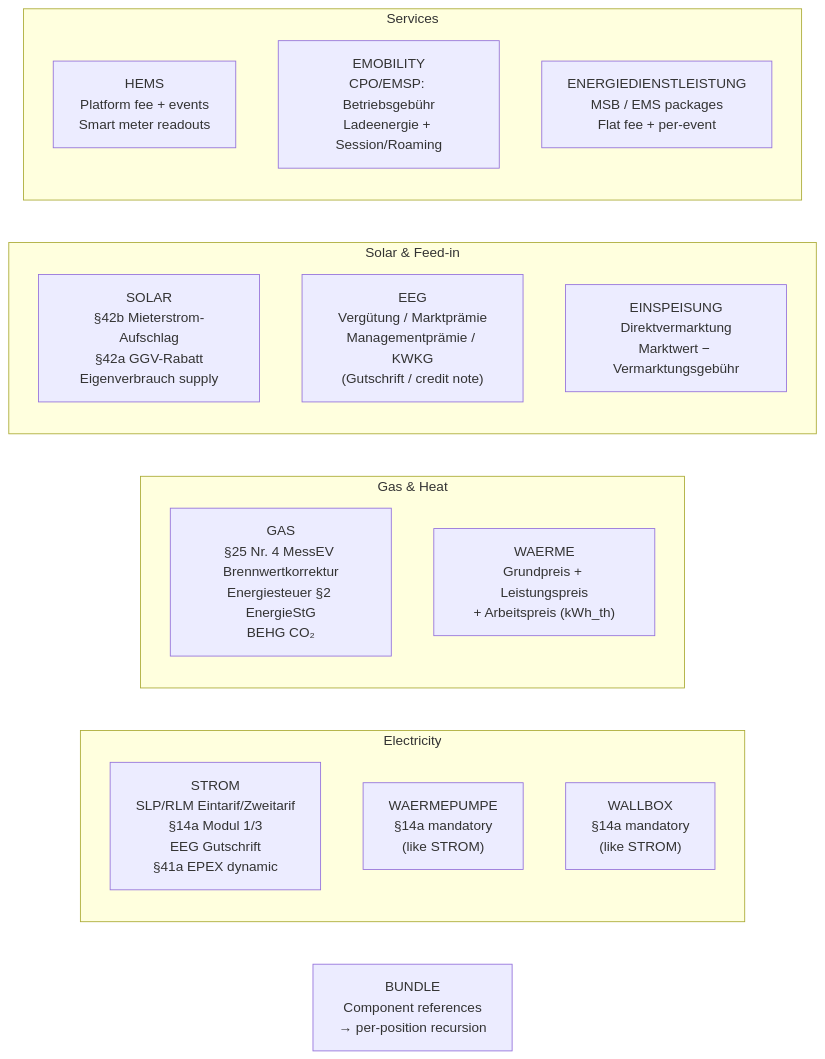
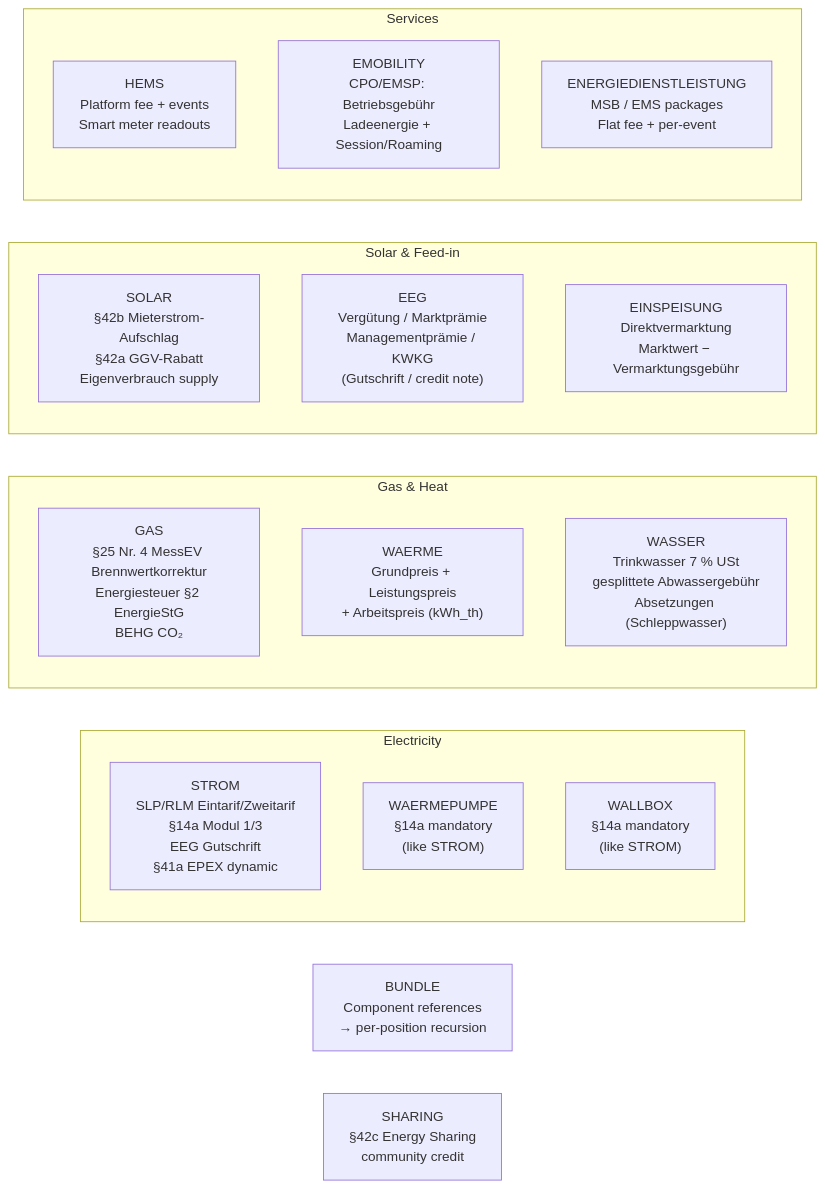
The second of 3 diagrams in docs/billingd.md (hupe1980/mako), drawn with Mermaid before and after one commit. The commit also changed other lines of this file and 42 other files, not shown here.

First line of the commit message:
feat(billing): WASSER category — Trinkwasser + gesplittete Abwassergebühr; harden the money boundary

````diff
--- a/docs/billingd.md
+++ b/docs/billingd.md
@@ -113,23 +113,25 @@
 ```mermaid
 graph LR
     subgraph energy [Electricity]
         STROM["STROM<br/>SLP/RLM Eintarif/Zweitarif<br/>§14a Modul 1/3<br/>EEG Gutschrift<br/>§41a EPEX dynamic"]
         WP["WAERMEPUMPE<br/>§14a mandatory<br/>(like STROM)"]
         WB["WALLBOX<br/>§14a mandatory<br/>(like STROM)"]
     end
     subgraph heat_gas ["Gas & Heat"]
         GAS["GAS<br/>§25 Nr. 4 MessEV Brennwertkorrektur<br/>Energiesteuer §2 EnergieStG<br/>BEHG CO₂"]
         WAERME["WAERME<br/>Grundpreis + Leistungspreis<br/>+ Arbeitspreis (kWh_th)"]
+        WASSER["WASSER<br/>Trinkwasser 7 % USt<br/>gesplittete Abwassergebühr<br/>Absetzungen (Schleppwasser)"]
     end
     subgraph solar_eeg ["Solar & Feed-in"]
         SOLAR["SOLAR<br/>§42b Mieterstrom-Aufschlag<br/>§42a GGV-Rabatt<br/>Eigenverbrauch supply"]
         EEG["EEG<br/>Vergütung / Marktprämie<br/>Managementprämie / KWKG<br/>(Gutschrift / credit note)"]
         EINSP["EINSPEISUNG<br/>Direktvermarktung<br/>Marktwert − Vermarktungsgebühr"]
     end
     subgraph services [Services]
         HEMS["HEMS<br/>Platform fee + events<br/>Smart meter readouts"]
         EMOB["EMOBILITY<br/>CPO/EMSP: Betriebsgebühr<br/>Ladeenergie + Session/Roaming"]
         EDL["ENERGIEDIENSTLEISTUNG<br/>MSB / EMS packages<br/>Flat fee + per-event"]
     end
     BUNDLE["BUNDLE<br/>Component references<br/>→ per-position recursion"]
+    SHARING["SHARING<br/>§42c Energy Sharing<br/>community credit"]
 ```
````
